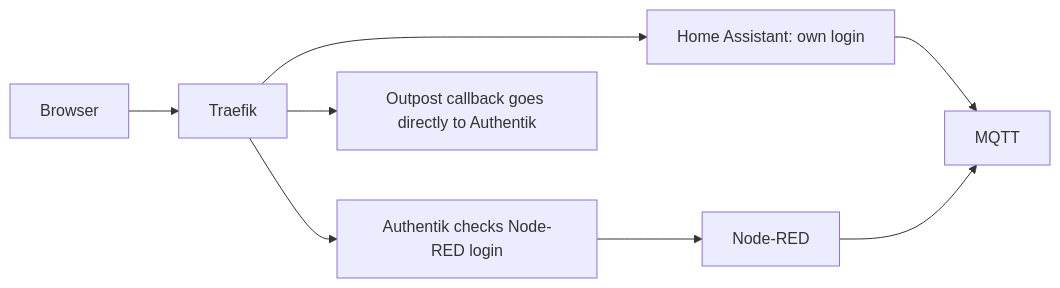
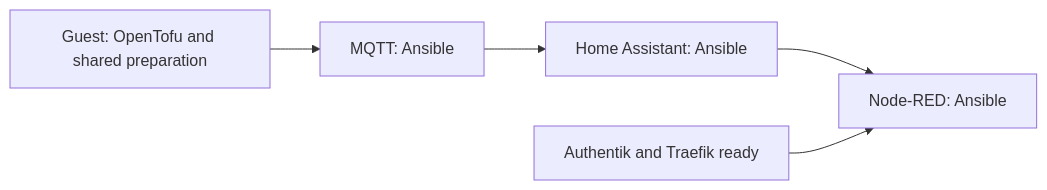
Before and after one commit to theaussiepom/homelab: the diagram in proxmox/applications/AUTOMATION.md, drawn with Mermaid. The commit also changed other lines of this file and 25 other files, not shown here.

````diff
--- a/proxmox/applications/AUTOMATION.md
+++ b/proxmox/applications/AUTOMATION.md
@@ -39,10 +13,7 @@
 ```mermaid
 flowchart LR
-  B[Browser] --> T[Traefik]
-  T --> H[Home Assistant: own login]
-  T --> A[Authentik checks Node-RED login]
-  A --> N[Node-RED]
-  T --> C[Outpost callback goes directly to Authentik]
-  H --> M[MQTT]
-  N --> M
+  G[Guest: OpenTofu and shared preparation] --> M[MQTT: Ansible]
+  M --> H[Home Assistant: Ansible]
+  H --> N[Node-RED: Ansible]
+  A[Authentik and Traefik ready] --> N
 ```
````
